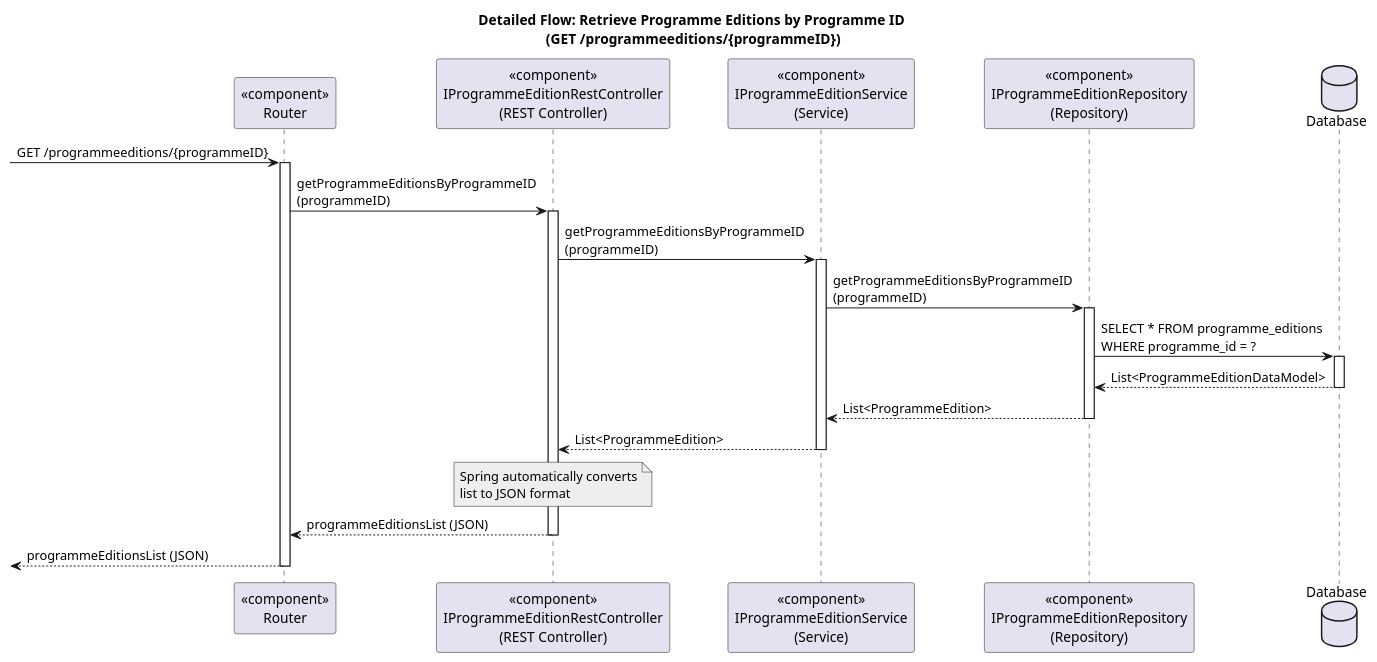
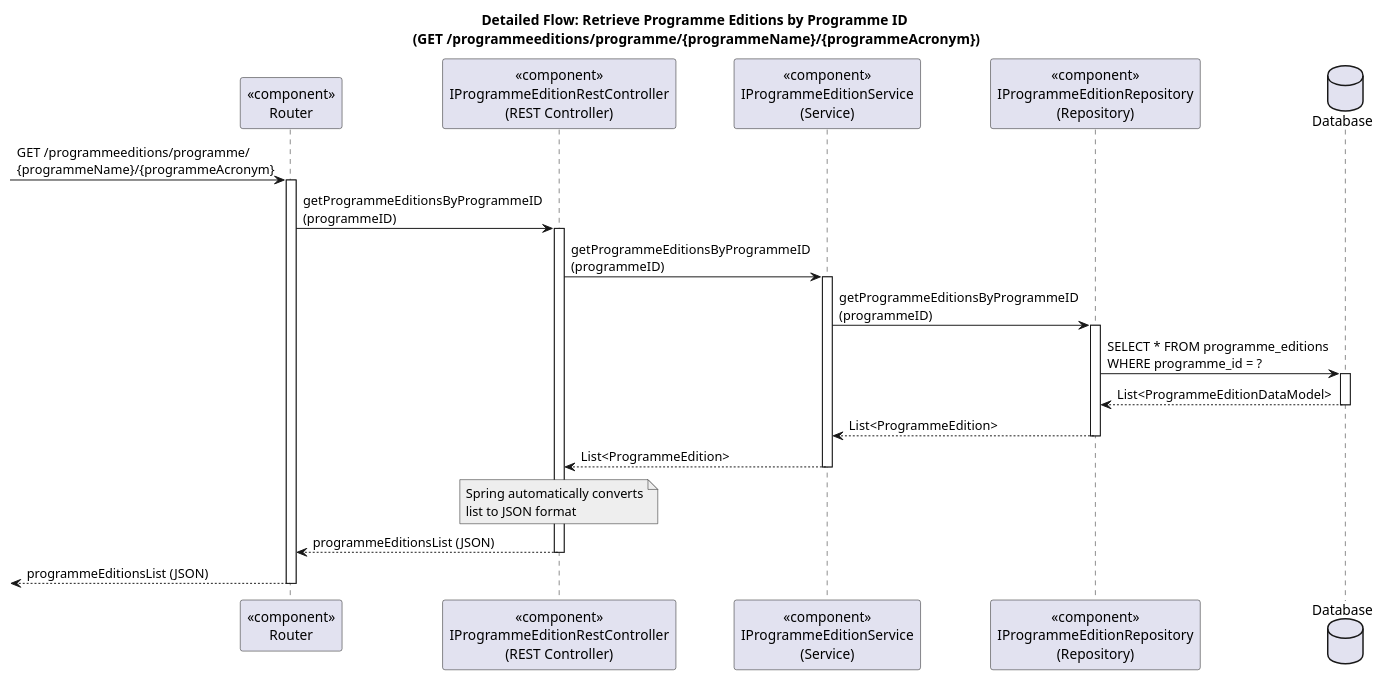
The diagram in docs/US19/Sprint6_RestAPI/ProcessView/references/Reference_4ListOfProgrammeEditions.puml (GasparISEP/DevOps-PAI), drawn with PlantUML before and after one commit. The commit also changed 2 other files, not shown here.

Commit message:
[docs] Simplify level 3 process view diagram with frontend focus to focus only on the createCourseEdition (POST only) excluding auxiliary GET requests since it’s a zoom-in view on the creation action (Refs: #536, #549)

```diff
--- a/docs/US19/Sprint6_RestAPI/ProcessView/references/Reference_4ListOfProgrammeEditions.puml
+++ b/docs/US19/Sprint6_RestAPI/ProcessView/references/Reference_4ListOfProgrammeEditions.puml
@@ -1,44 +1,44 @@
 @startuml
-title Detailed Flow: Retrieve Programme Editions by Programme ID \n(GET /programmeeditions/{programmeID})
+title Detailed Flow: Retrieve Programme Editions by Programme ID \n(GET /programmeeditions/programme/{programmeName}/{programmeAcronym})
 
 participant "<<component>>\nRouter" as Router
 participant "<<component>>\nIProgrammeEditionRestController\n(REST Controller)" as Controller
 participant "<<component>>\nIProgrammeEditionService\n(Service)" as Service
 participant "<<component>>\nIProgrammeEditionRepository\n(Repository)" as Repository
 database "Database" as DB
 
--> Router: GET /programmeeditions/{programmeID}
+-> Router: GET /programmeeditions/programme/\n{programmeName}/{programmeAcronym}
 activate Router
 
 Router -> Controller: getProgrammeEditionsByProgrammeID\n(programmeID)
 activate Controller
 
 Controller -> Service: getProgrammeEditionsByProgrammeID\n(programmeID)
 activate Service
 
 Service -> Repository: getProgrammeEditionsByProgrammeID\n(programmeID)
 activate Repository
 
 Repository -> DB: SELECT * FROM programme_editions\nWHERE programme_id = ?
 activate DB
 DB --> Repository: List<ProgrammeEditionDataModel>
 deactivate DB
 
 Repository --> Service: List<ProgrammeEdition>
 deactivate Repository
 
 Service --> Controller: List<ProgrammeEdition>
 deactivate Service
 
 note over Controller #EEEEEE
 Spring automatically converts
 list to JSON format
 end note
 
 Controller --> Router: programmeEditionsList (JSON)
 deactivate Controller
 
 <-- Router: programmeEditionsList (JSON)
 deactivate Router
 
 @enduml
```
